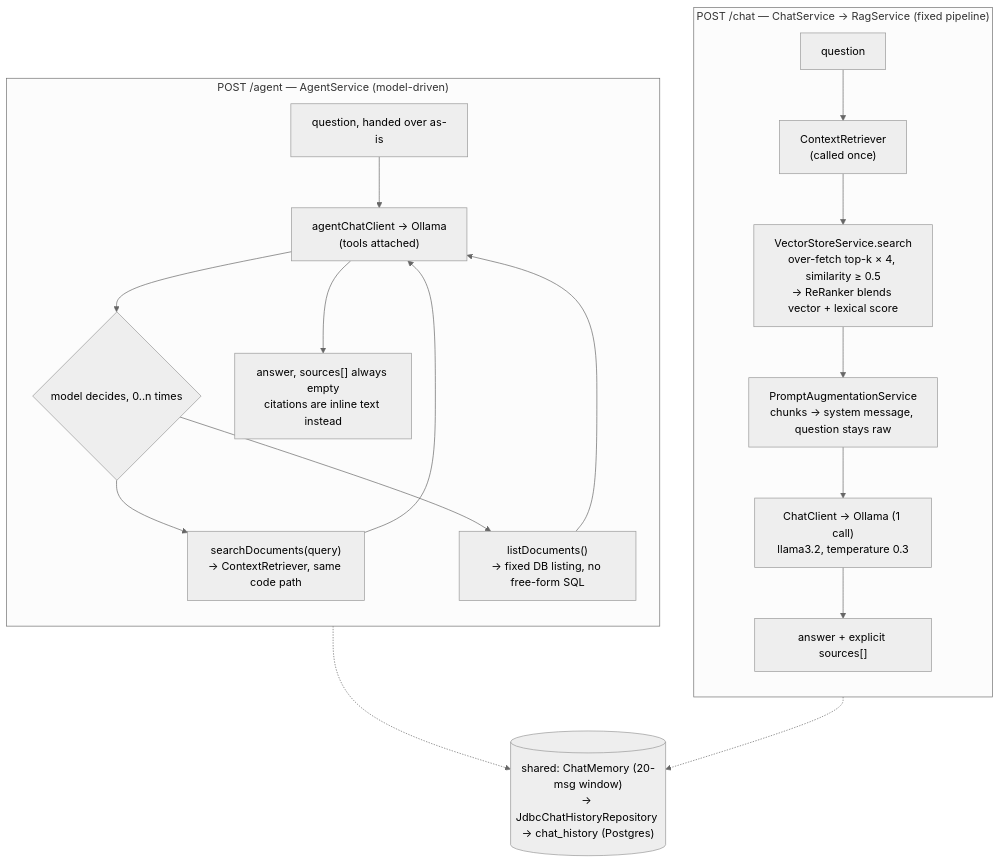
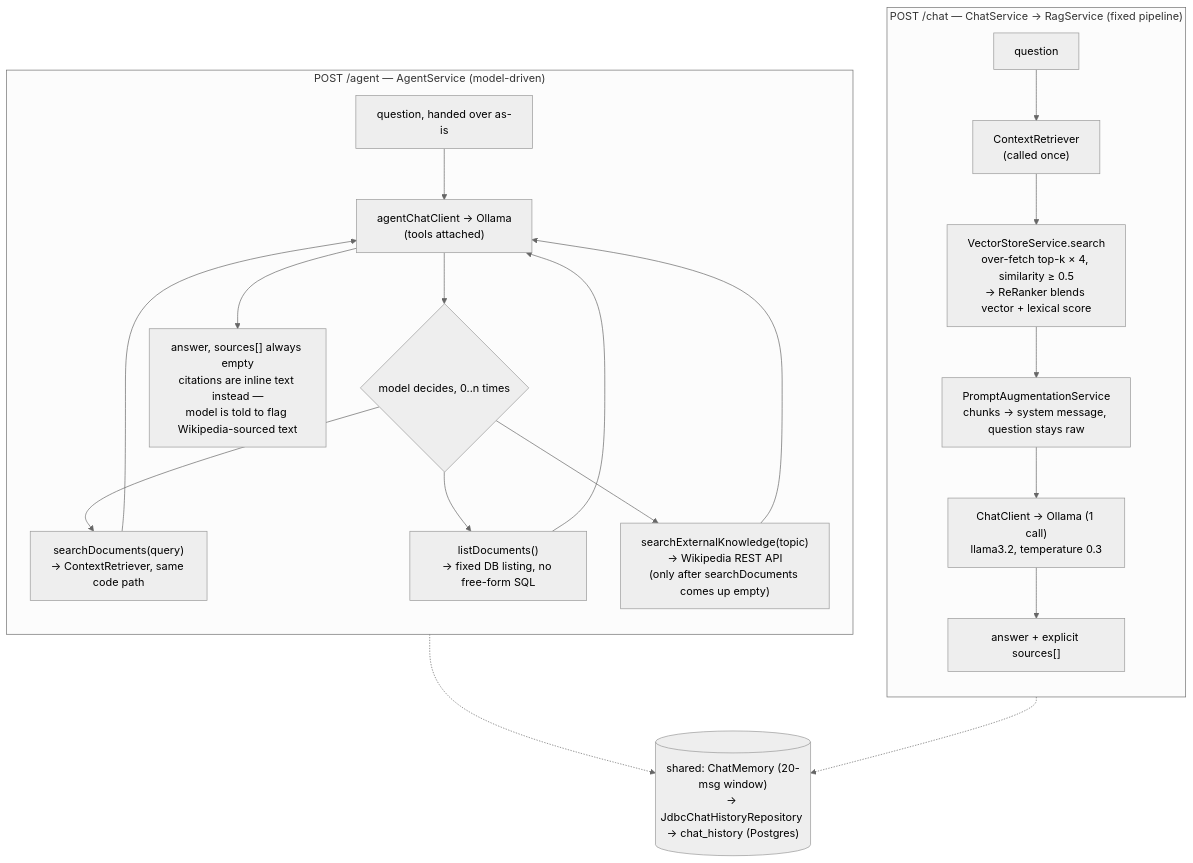
The fifth of 5 diagrams in docs/architecture.md (rensilver/ai-knowledge-assistant), drawn with Mermaid (neutral theme) before and after one commit. The commit also changed other lines of this file and 22 other files, not shown here.

````diff
--- a/docs/architecture.md
+++ b/docs/architecture.md
@@ -121,25 +128,27 @@
 ```mermaid
 flowchart TD
     subgraph chat["POST /chat — ChatService → RagService (fixed pipeline)"]
         direction TB
         CQ["question"] --> CR["ContextRetriever\n(called once)"]
         CR --> VS["VectorStoreService.search\nover-fetch top-k × 4, similarity ≥ 0.5\n→ ReRanker blends vector + lexical score"]
         VS --> PA["PromptAugmentationService\nchunks → system message, question stays raw"]
         PA --> CC["ChatClient → Ollama (1 call)\nllama3.2, temperature 0.3"]
         CC --> CAns["answer + explicit sources[]"]
     end
 
     subgraph agent["POST /agent — AgentService (model-driven)"]
         direction TB
         AQ["question, handed over as-is"] --> AC["agentChatClient → Ollama\n(tools attached)"]
         AC --> Loop{"model decides, 0..n times"}
         Loop --> Search["searchDocuments(query)\n→ ContextRetriever, same code path"]
         Loop --> List["listDocuments()\n→ fixed DB listing, no free-form SQL"]
+        Loop --> Wiki["searchExternalKnowledge(topic)\n→ Wikipedia REST API\n(only after searchDocuments comes up empty)"]
         Search --> AC
         List --> AC
-        AC --> AAns["answer, sources[] always empty\ncitations are inline text instead"]
+        Wiki --> AC
+        AC --> AAns["answer, sources[] always empty\ncitations are inline text instead —\nmodel is told to flag Wikipedia-sourced text"]
     end
 
     CAns -.-> Mem[("shared: ChatMemory (20-msg window)\n→ JdbcChatHistoryRepository → chat_history (Postgres)")]
     AAns -.-> Mem
 ```
````
